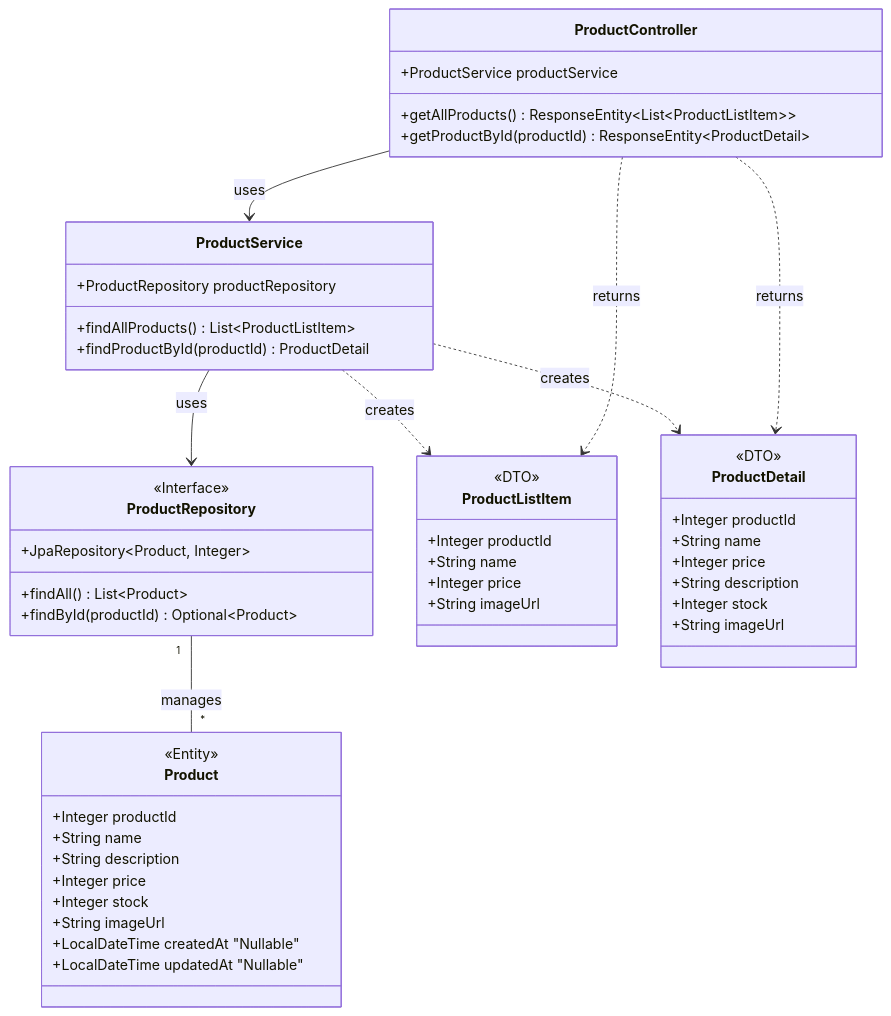
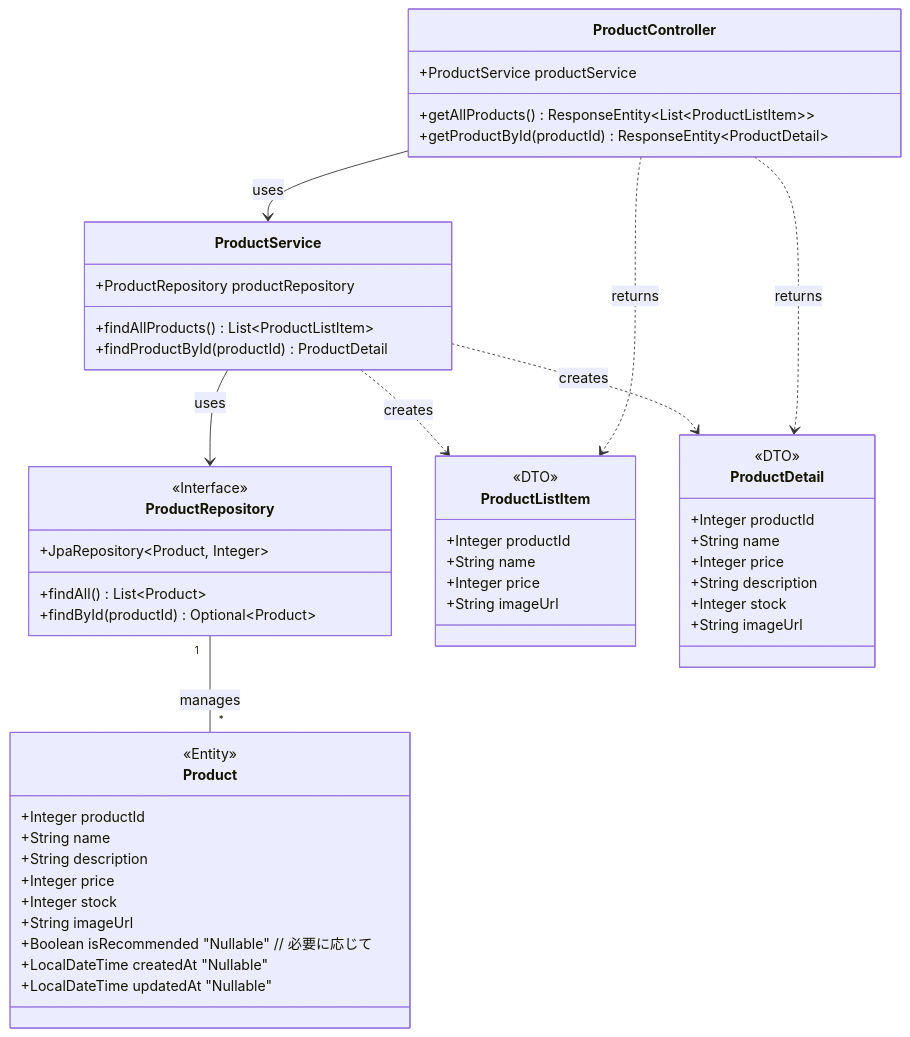
Before and after one commit to Rikumt12/Popcorn: the eighth of 12 diagrams in 詳細設計書/詳細設計書.md, drawn with Mermaid. The commit also changed other lines of this file, not shown here.

````diff
--- a/詳細設計書/詳細設計書.md
+++ b/詳細設計書/詳細設計書.md
@@ -358,54 +358,55 @@
 ```mermaid
 classDiagram
     class ProductController {
         +ProductService productService
         +getAllProducts() ResponseEntity~List~ProductListItem~~
         +getProductById(productId) ResponseEntity~ProductDetail~
     }
     class ProductService {
         +ProductRepository productRepository
         +findAllProducts() List~ProductListItem~
         +findProductById(productId) ProductDetail
     }
     class ProductRepository {
         <<Interface>>
         +JpaRepository~Product, Integer~
         +findAll() List~Product~
         +findById(productId) Optional~Product~
     }
     class Product {
         <<Entity>>
         +Integer productId
         +String name
         +String description
         +Integer price
         +Integer stock
         +String imageUrl
+        +Boolean isRecommended "Nullable" // 必要に応じて
         +LocalDateTime createdAt "Nullable"
         +LocalDateTime updatedAt "Nullable"
     }
     class ProductListItem {
         <<DTO>>
         +Integer productId
         +String name
         +Integer price
         +String imageUrl
     }
     class ProductDetail {
         <<DTO>>
         +Integer productId
         +String name
         +Integer price
         +String description
         +Integer stock
         +String imageUrl
     }
 
     ProductController --> ProductService : uses
     ProductService --> ProductRepository : uses
     ProductRepository "1" -- "*" Product : manages
     ProductService ..> ProductListItem : creates
     ProductService ..> ProductDetail : creates
     ProductController ..> ProductListItem : returns
     ProductController ..> ProductDetail : returns
 ```
````
